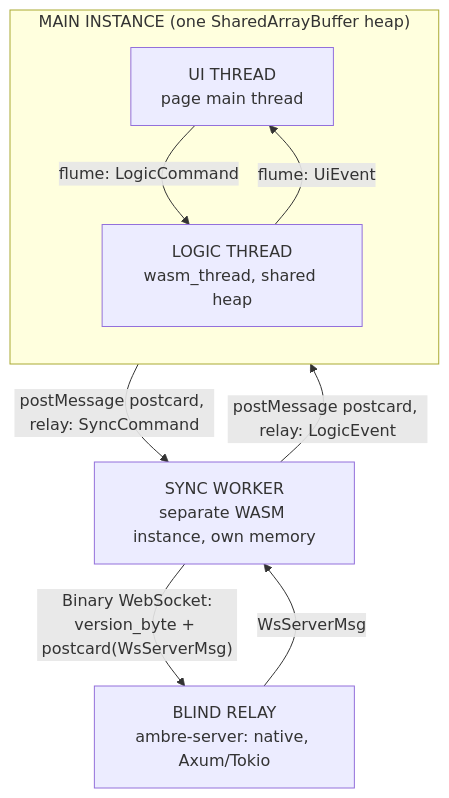
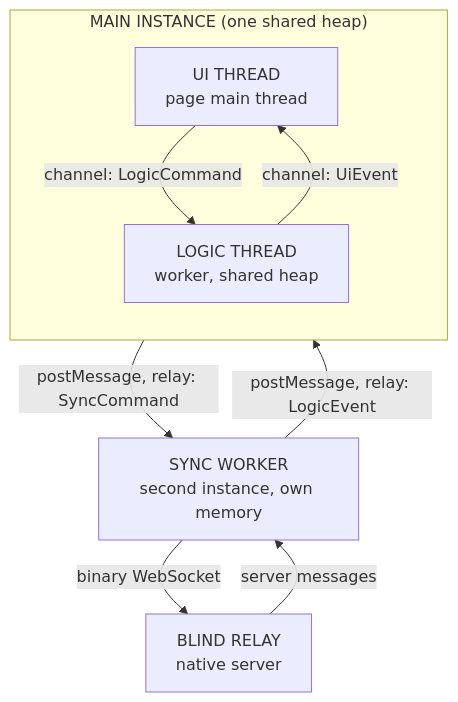
Before and after one commit to ambre-suite/ambre: the diagram in specs/1-Foundations/ambre-spec-architecture.md, drawn with Mermaid. The commit also changed other lines of this file and 380 other files, not shown here.

````diff
--- a/specs/1-Foundations/ambre-spec-architecture.md
+++ b/specs/1-Foundations/ambre-spec-architecture.md
@@ -103,16 +60,16 @@
 ```mermaid
 flowchart TB
-    subgraph MAIN["MAIN INSTANCE (one SharedArrayBuffer heap)"]
+    subgraph MAIN["MAIN INSTANCE (one shared heap)"]
         direction TB
         UI["UI THREAD<br/>page main thread"]
-        LOGIC["LOGIC THREAD<br/>wasm_thread, shared heap"]
-        UI -->|"flume: LogicCommand"| LOGIC
-        LOGIC -->|"flume: UiEvent"| UI
+        LOGIC["LOGIC THREAD<br/>worker, shared heap"]
+        UI -->|"channel: LogicCommand"| LOGIC
+        LOGIC -->|"channel: UiEvent"| UI
     end
-    SYNC["SYNC WORKER<br/>separate WASM instance, own memory"]
-    RELAY["BLIND RELAY<br/>ambre-server: native, Axum/Tokio"]
-    UI -->|"postMessage postcard, relay: SyncCommand"| SYNC
-    SYNC -->|"postMessage postcard, relay: LogicEvent"| UI
-    SYNC -->|"Binary WebSocket:<br/>version_byte + postcard(WsServerMsg)"| RELAY
-    RELAY -->|"WsServerMsg"| SYNC
+    SYNC["SYNC WORKER<br/>second instance, own memory"]
+    RELAY["BLIND RELAY<br/>native server"]
+    UI -->|"postMessage, relay: SyncCommand"| SYNC
+    SYNC -->|"postMessage, relay: LogicEvent"| UI
+    SYNC -->|"binary WebSocket"| RELAY
+    RELAY -->|"server messages"| SYNC
 ```
````
